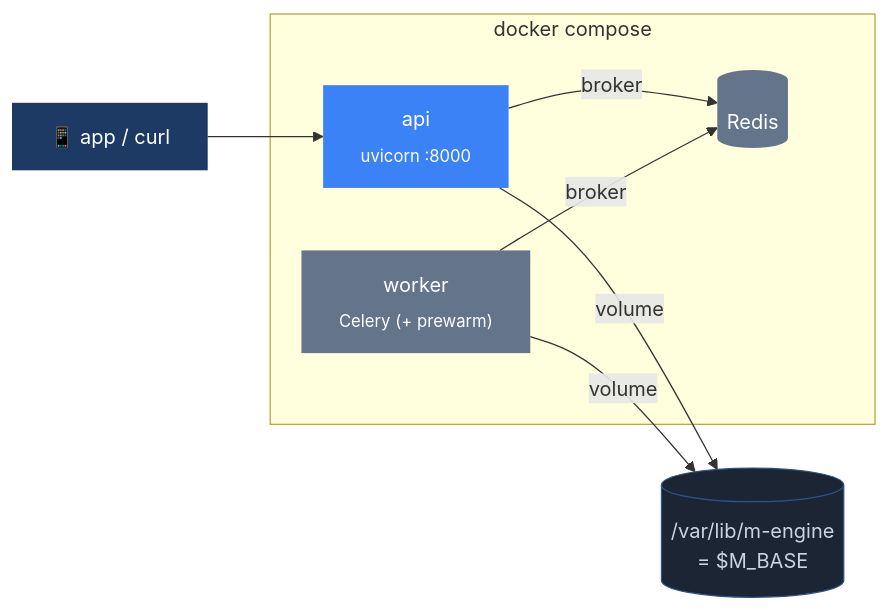
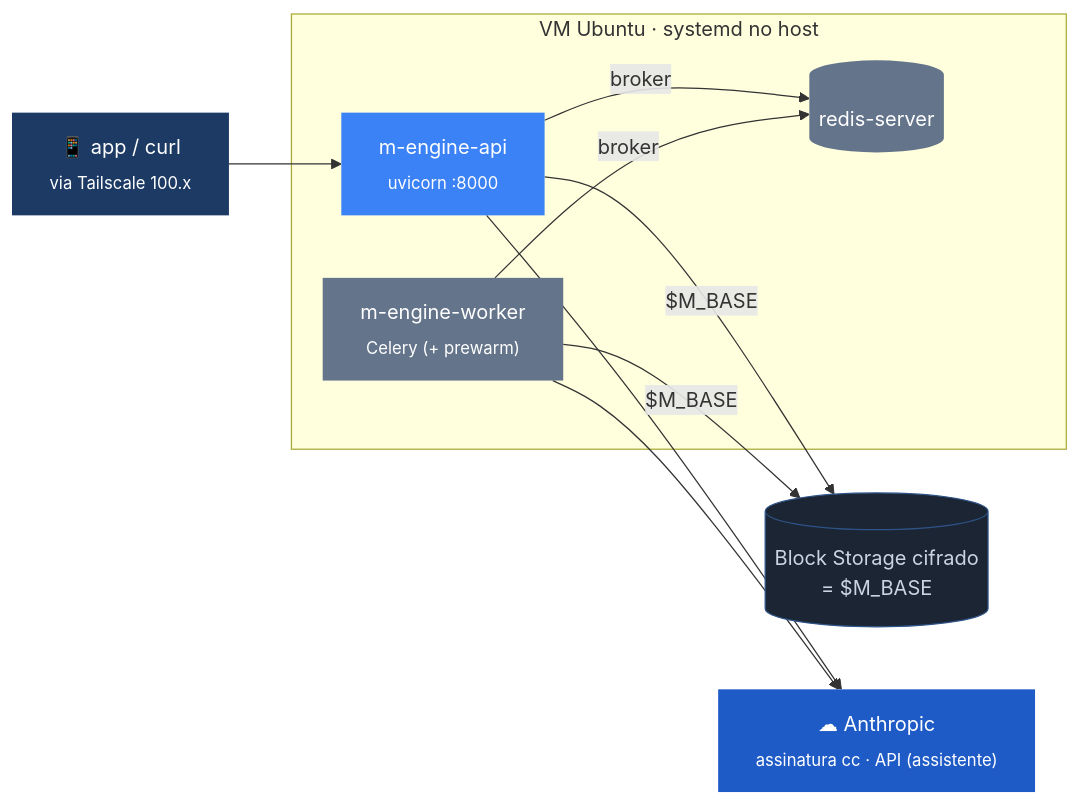
Diagram 13 of 13 in README.md (myselfgus/m), drawn with Mermaid before and after one commit. The commit also changed other lines of this file and 4 other files, not shown here.

First line of the commit message:
chore(deploy): descontinua Docker — systemd no host é o único runtime

````diff
--- a/README.md
+++ b/README.md
@@ -685,18 +681,22 @@
 ```mermaid
 %%{init: {'theme':'base','themeVariables':{'fontFamily':'-apple-system,BlinkMacSystemFont,"SF Pro Text","Helvetica Neue",Arial,sans-serif','fontSize':'14px','primaryColor':'#EEF2F7','primaryTextColor':'#1C2533','lineColor':'#64748B','clusterBkg':'#F4F7FB','clusterBorder':'#94A3B8'}}}%%
 flowchart LR
-    APP["📱 app / curl"]:::ep --> api
-    subgraph docker["docker compose"]
-        api["api<br/><sub>uvicorn :8000</sub>"]:::proc
-        worker["worker<br/><sub>Celery (+ prewarm)</sub>"]:::infra
-        redis[(Redis)]:::infra
+    APP["📱 app / curl<br/><sub>via Tailscale 100.x</sub>"]:::ep --> api
+    subgraph host["VM Ubuntu · systemd no host"]
+        api["m-engine-api<br/><sub>uvicorn :8000</sub>"]:::proc
+        worker["m-engine-worker<br/><sub>Celery (+ prewarm)</sub>"]:::infra
+        redis[(redis-server)]:::infra
     end
     api -->|broker| redis
     worker -->|broker| redis
-    api -->|volume| vol[("/var/lib/m-engine<br/>= $M_BASE")]:::phi
-    worker -->|volume| vol
+    api -->|"$M_BASE"| vol[("Block Storage cifrado<br/>= $M_BASE")]:::phi
+    worker -->|"$M_BASE"| vol
+    EXT["☁ Anthropic<br/><sub>assinatura cc · API (assistente)</sub>"]:::ext
+    api --> EXT
+    worker --> EXT
     classDef ep fill:#1C3A63,color:#fff,stroke:none
     classDef proc fill:#3B82F6,color:#fff,stroke:none
     classDef infra fill:#64748B,color:#fff,stroke:none
+    classDef ext fill:#1E5BC6,color:#fff,stroke:none
     classDef phi fill:#1C2533,color:#CBD5E1,stroke:#2E5388
 ```
````
